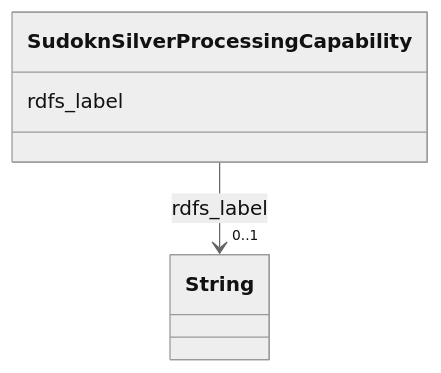
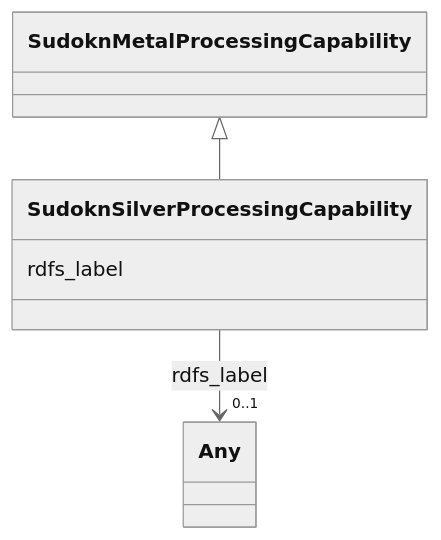
Before and after one commit to frink-okn/graph-descriptions: the diagram in sudokn-kg/classes/SudoknSilverProcessingCapability.md, drawn with Mermaid (neutral theme). The commit also changed other lines of this file and 903 other files, not shown here.

````diff
--- a/sudokn-kg/classes/SudoknSilverProcessingCapability.md
+++ b/sudokn-kg/classes/SudoknSilverProcessingCapability.md
@@ -23,15 +18,18 @@
 ```mermaid
  classDiagram
     class SudoknSilverProcessingCapability
     click SudoknSilverProcessingCapability href "../SudoknSilverProcessingCapability"
+      SudoknMetalProcessingCapability <|-- SudoknSilverProcessingCapability
+        click SudoknMetalProcessingCapability href "../SudoknMetalProcessingCapability"
+      
       SudoknSilverProcessingCapability : rdfs_label
         
           
     
     
-    SudoknSilverProcessingCapability --> "0..1" String : rdfs_label
-    click String href "../String"
+    SudoknSilverProcessingCapability --> "0..1" Any : rdfs_label
+    click Any href "../Any"
 
         
       
 ```
````
